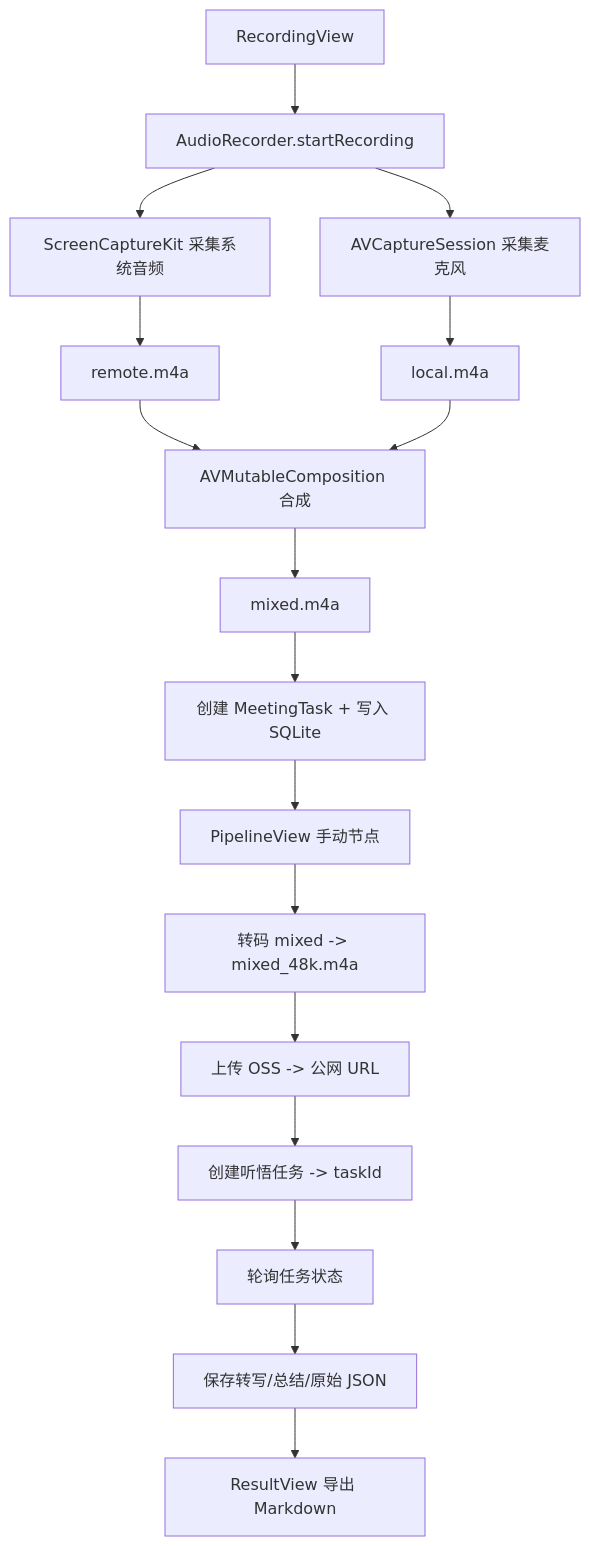
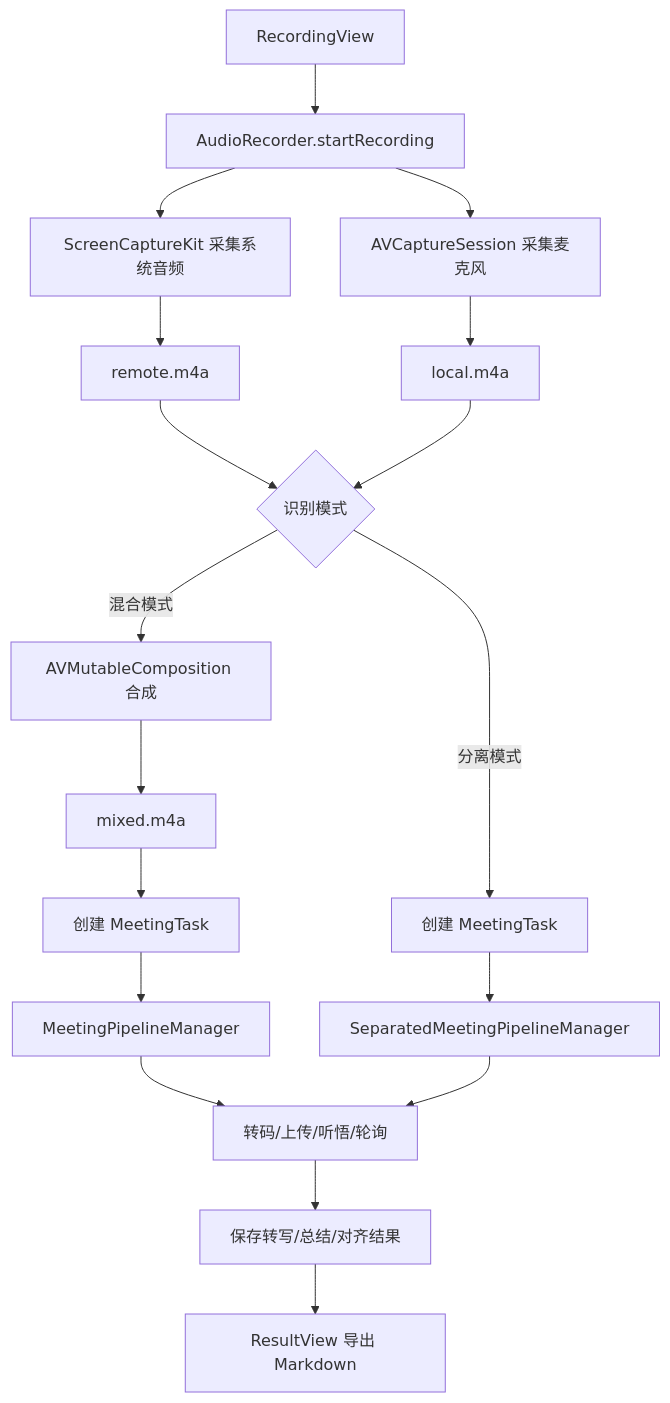
Before and after one commit to MasamiYui/wechat-voice-ai-recorder: the diagram in doc/01-architecture-overview.zh-CN.md, drawn with Mermaid. The commit also changed other lines of this file and 9 other files, not shown here.

````diff
--- a/doc/01-architecture-overview.zh-CN.md
+++ b/doc/01-architecture-overview.zh-CN.md
@@ -45,19 +46,25 @@
 ```mermaid
 flowchart TD
   A[RecordingView] --> B[AudioRecorder.startRecording]
   B --> C[ScreenCaptureKit 采集系统音频]
   B --> D[AVCaptureSession 采集麦克风]
   C --> E[remote.m4a]
   D --> F[local.m4a]
-  E --> G[AVMutableComposition 合成]
-  F --> G
-  G --> H[mixed.m4a]
-  H --> I[创建 MeetingTask + 写入 SQLite]
-  I --> J[PipelineView 手动节点]
-  J --> K[转码 mixed -> mixed_48k.m4a]
-  K --> L[上传 OSS -> 公网 URL]
-  L --> M[创建听悟任务 -> taskId]
-  M --> N[轮询任务状态]
-  N --> O[保存转写/总结/原始 JSON]
+  
+  E --> G1{识别模式}
+  F --> G1
+  
+  G1 -->|混合模式| H1[AVMutableComposition 合成]
+  H1 --> H2[mixed.m4a]
+  H2 --> I1[创建 MeetingTask]
+  I1 --> J1[MeetingPipelineManager]
+  
+  G1 -->|分离模式| I2[创建 MeetingTask]
+  I2 --> J2[SeparatedMeetingPipelineManager]
+  
+  J1 --> K[转码/上传/听悟/轮询]
+  J2 --> K
+  
+  K --> O[保存转写/总结/对齐结果]
   O --> P[ResultView 导出 Markdown]
 ```
````
